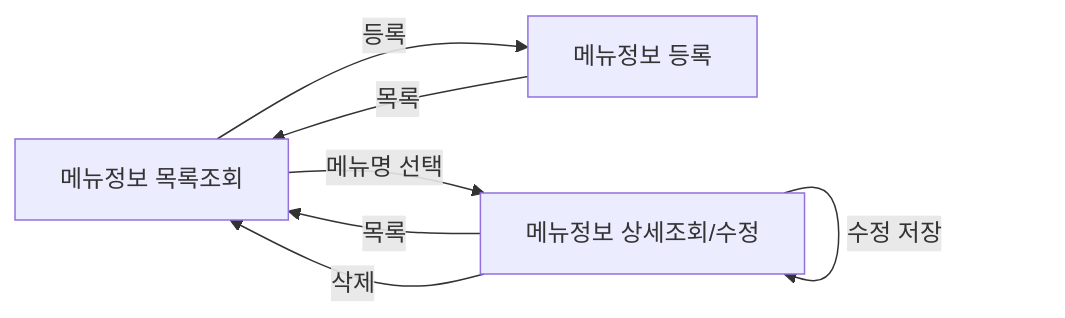
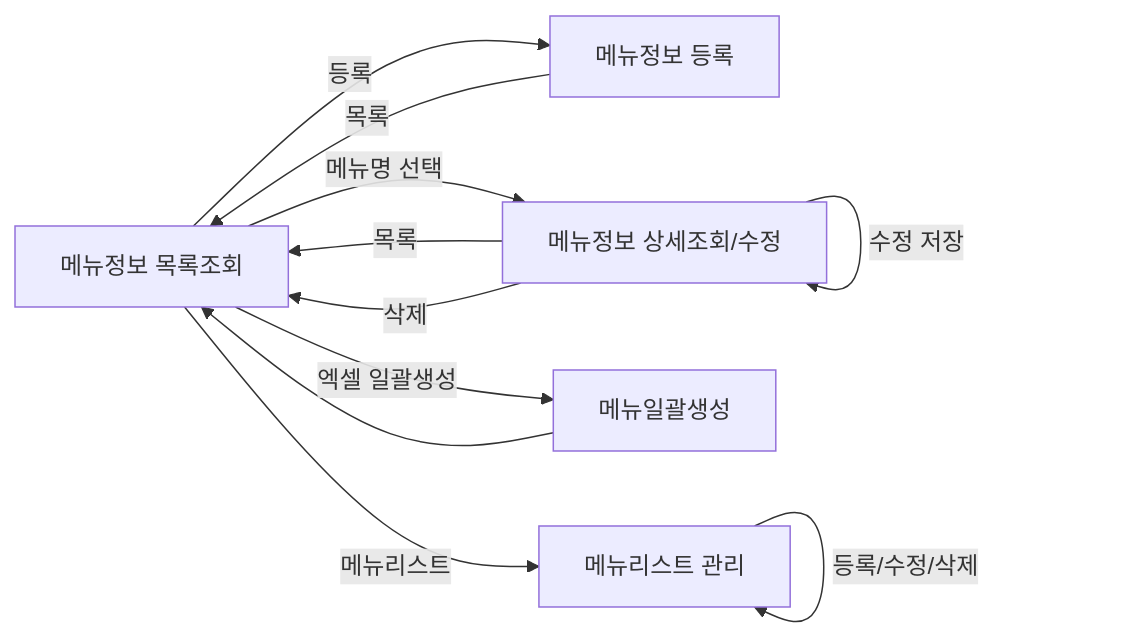
One commit to eGovFramework/egovframe-docs changed the diagram in common-component/system-management/menu-management.md. Above: the diagram before and after it, drawn with Mermaid. The commit also changed other lines of this file, not shown here.

Commit message:
docs: 메뉴관리 가이드 구조화 및 가독성 개선
Claude-Session: https://claude.ai/code/session_01PjPX5WTU6uBTHucRGGWrsw

````diff
--- a/common-component/system-management/menu-management.md
+++ b/common-component/system-management/menu-management.md
@@ -74,9 +74,13 @@
 ```mermaid
 flowchart LR
     L[메뉴정보 목록조회] -->|등록| R[메뉴정보 등록]
     R -->|목록| L
     L -->|메뉴명 선택| D[메뉴정보 상세조회/수정]
     D -->|목록| L
     D -->|삭제| L
     D -->|수정 저장| D
+    L -->|엑셀 일괄생성| B[메뉴일괄생성]
+    B --> L
+    L -->|메뉴리스트| T[메뉴리스트 관리]
+    T -->|등록/수정/삭제| T
 ```
````
